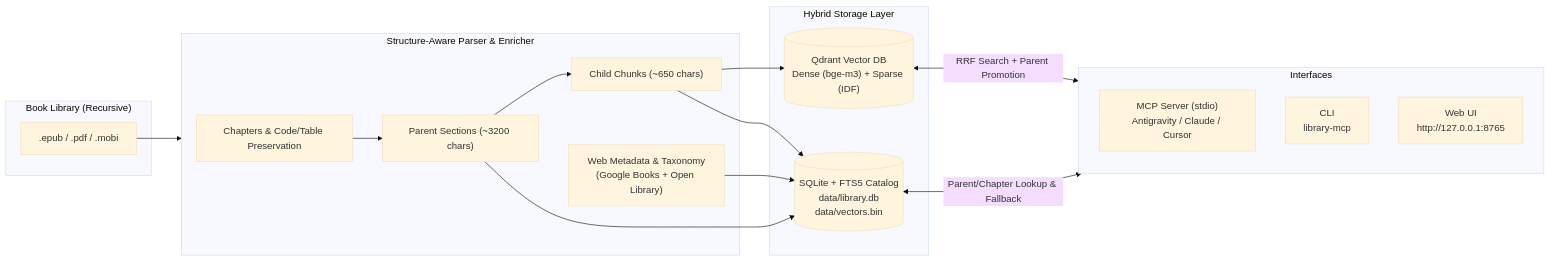
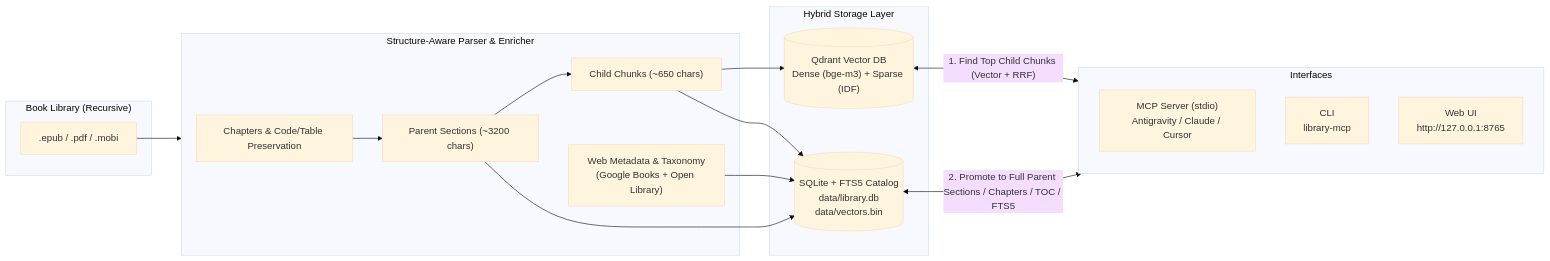
The diagram in README.md (jarkow/library-mcp), drawn with Mermaid (base theme) before and after one commit. The commit also changed other lines of this file, not shown here.

Commit message:
Document SQLite vs Qdrant roles and architecture in README

````diff
--- a/README.md
+++ b/README.md
@@ -36,33 +36,33 @@
 ```mermaid
 flowchart LR
     subgraph Input["Book Library (Recursive)"]
         EPUB[".epub / .pdf / .mobi"]
     end
 
     subgraph Parser["Structure-Aware Parser & Enricher"]
         P1["Chapters & Code/Table Preservation"]
         P2["Parent Sections (~3200 chars)"]
         P3["Child Chunks (~650 chars)"]
         WEB["Web Metadata & Taxonomy\n(Google Books + Open Library)"]
         P1 --> P2 --> P3
     end
 
     subgraph Storage["Hybrid Storage Layer"]
         QD[("Qdrant Vector DB\nDense (bge-m3) + Sparse (IDF)")]
         LOC[("SQLite + FTS5 Catalog\ndata/library.db\ndata/vectors.bin")]
     end
 
     subgraph Consumers["Interfaces"]
         MCP["MCP Server (stdio)\nAntigravity / Claude / Cursor"]
         CLI["CLI\nlibrary-mcp"]
         UI["Web UI\nhttp://127.0.0.1:8765"]
     end
 
     EPUB --> Parser
     P2 --> LOC
     WEB --> LOC
     P3 --> QD
     P3 --> LOC
-    QD <-->|"RRF Search + Parent Promotion"| Consumers
-    LOC <-->|"Parent/Chapter Lookup & Fallback"| Consumers
+    QD <-->|"1. Find Top Child Chunks (Vector + RRF)"| Consumers
+    LOC <-->|"2. Promote to Full Parent Sections / Chapters / TOC / FTS5"| Consumers
 ```
````
